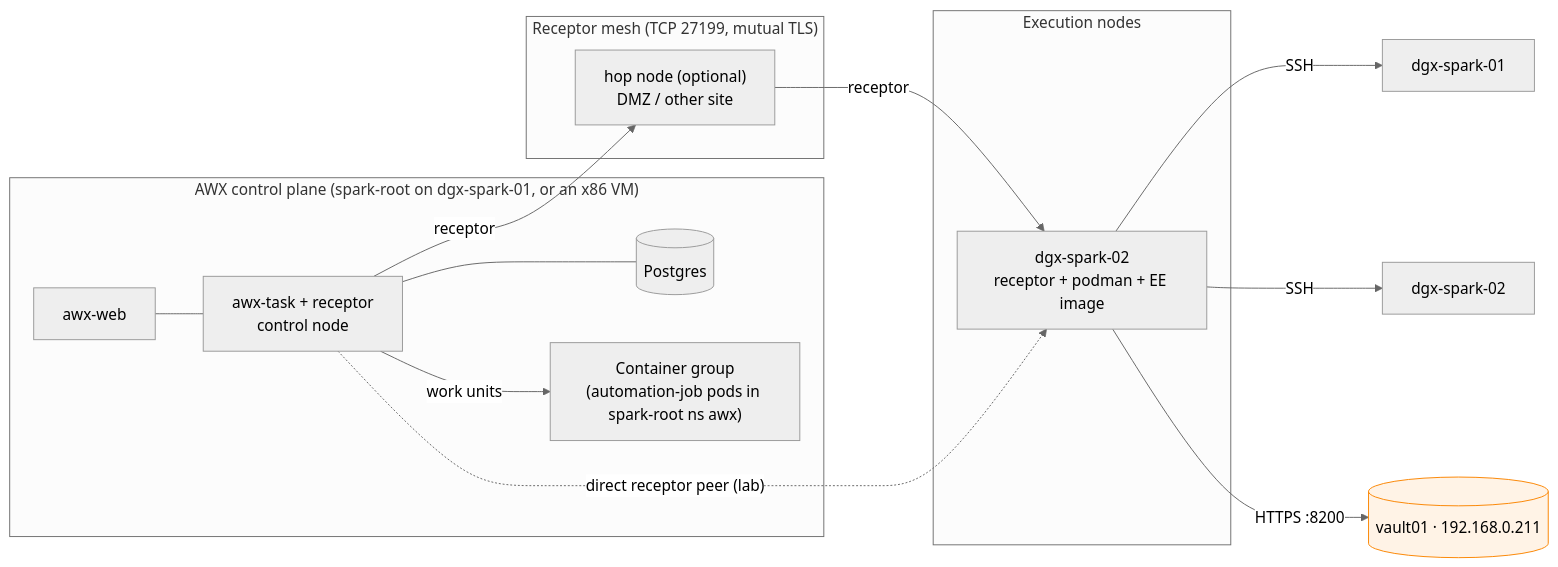
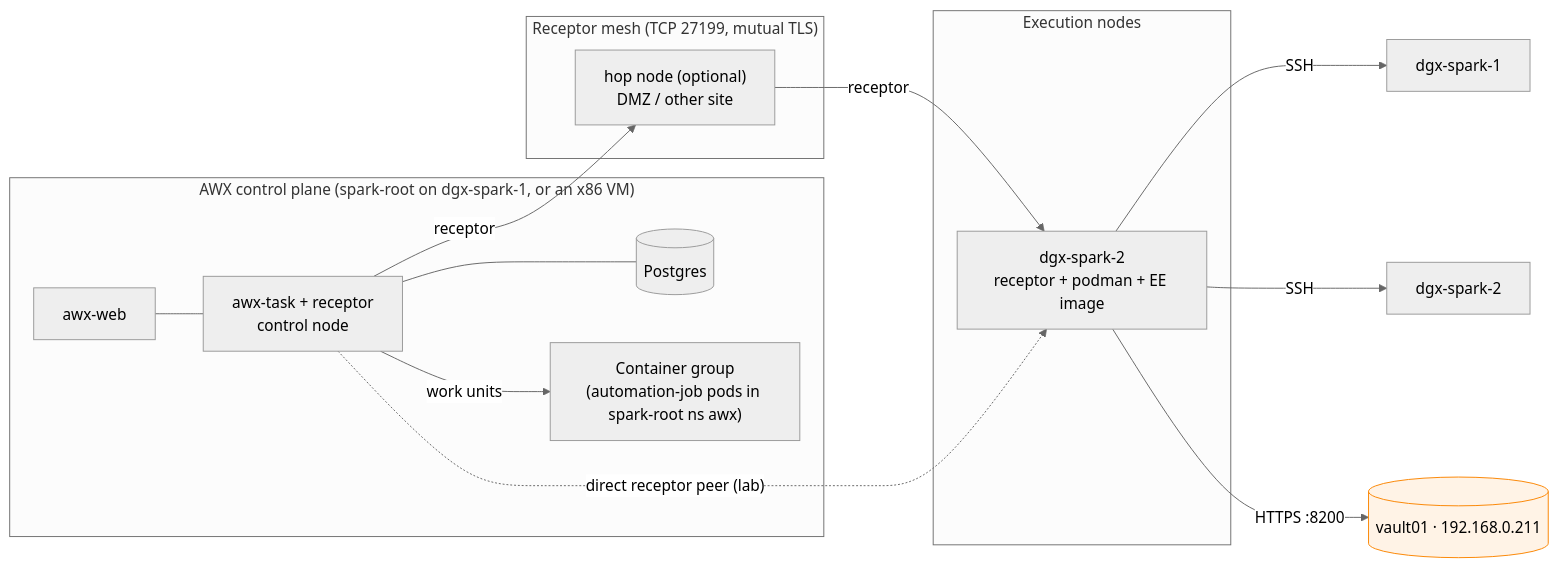
The first of 2 diagrams in 01 Ansible/20-awx-tower-production-cluster-and-receptor.md (cloudone365/technical-depth), drawn with Mermaid (neutral theme) before and after one commit. The commit also changed other lines of this file and 91 other files, not shown here.

First line of the commit message:
Rename the Spark hosts to dgx-spark-1 / dgx-spark-2

````diff
--- a/01 Ansible/20-awx-tower-production-cluster-and-receptor.md
+++ b/01 Ansible/20-awx-tower-production-cluster-and-receptor.md
@@ -32,21 +32,21 @@
 ```mermaid
 flowchart LR
-  subgraph CP["AWX control plane (spark-root on dgx-spark-01, or an x86 VM)"]
+  subgraph CP["AWX control plane (spark-root on dgx-spark-1, or an x86 VM)"]
     WEB[awx-web] --- TASK[awx-task + receptor<br/>control node]
     TASK --- PG[(Postgres)]
     CG["Container group<br/>(automation-job pods in spark-root ns awx)"]
   end
   subgraph MESH["Receptor mesh (TCP 27199, mutual TLS)"]
     HOP["hop node (optional)<br/>DMZ / other site"]
   end
   subgraph EX["Execution nodes"]
-    E1["dgx-spark-02<br/>receptor + podman + EE image"]
+    E1["dgx-spark-2<br/>receptor + podman + EE image"]
   end
   TASK -->|"work units"| CG
   TASK -->|"receptor"| HOP -->|receptor| E1
   TASK -.->|"direct receptor peer (lab)"| E1
-  E1 -->|SSH| T1[dgx-spark-01] & T2[dgx-spark-02]
+  E1 -->|SSH| T1[dgx-spark-1] & T2[dgx-spark-2]
   E1 -->|HTTPS :8200| V[("vault01 · 192.168.0.211")]
   classDef mgmt fill:#fff3e6,stroke:#fb8500,color:#000
   class V mgmt
 ```
````
